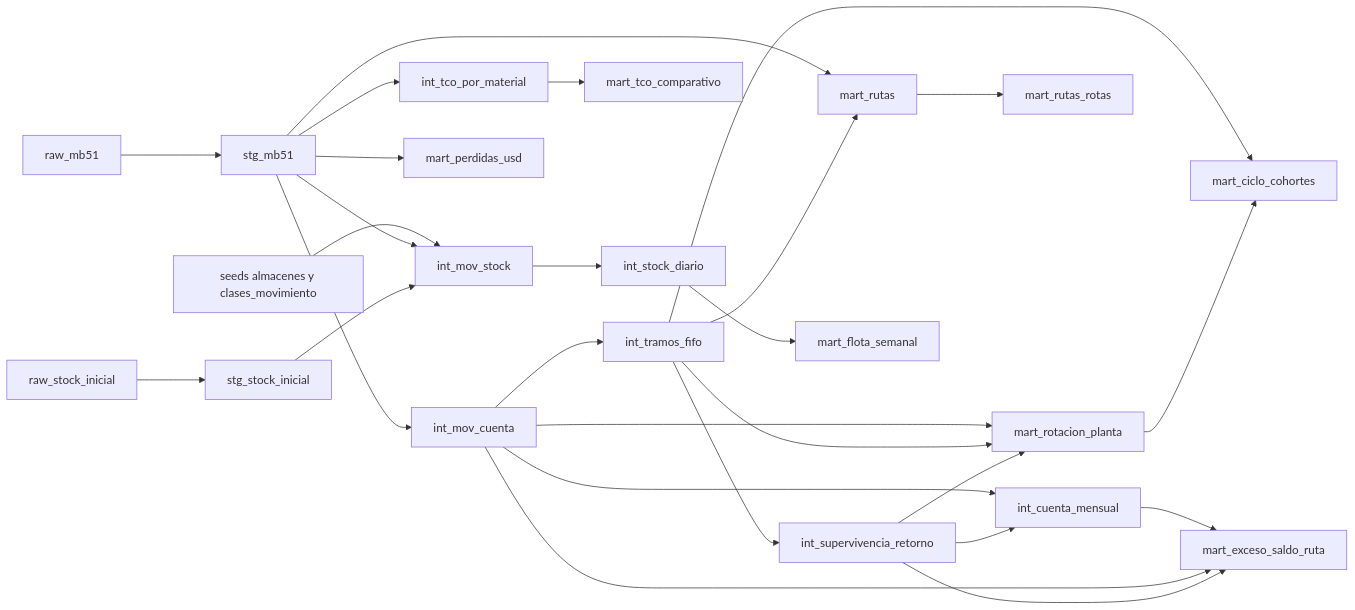
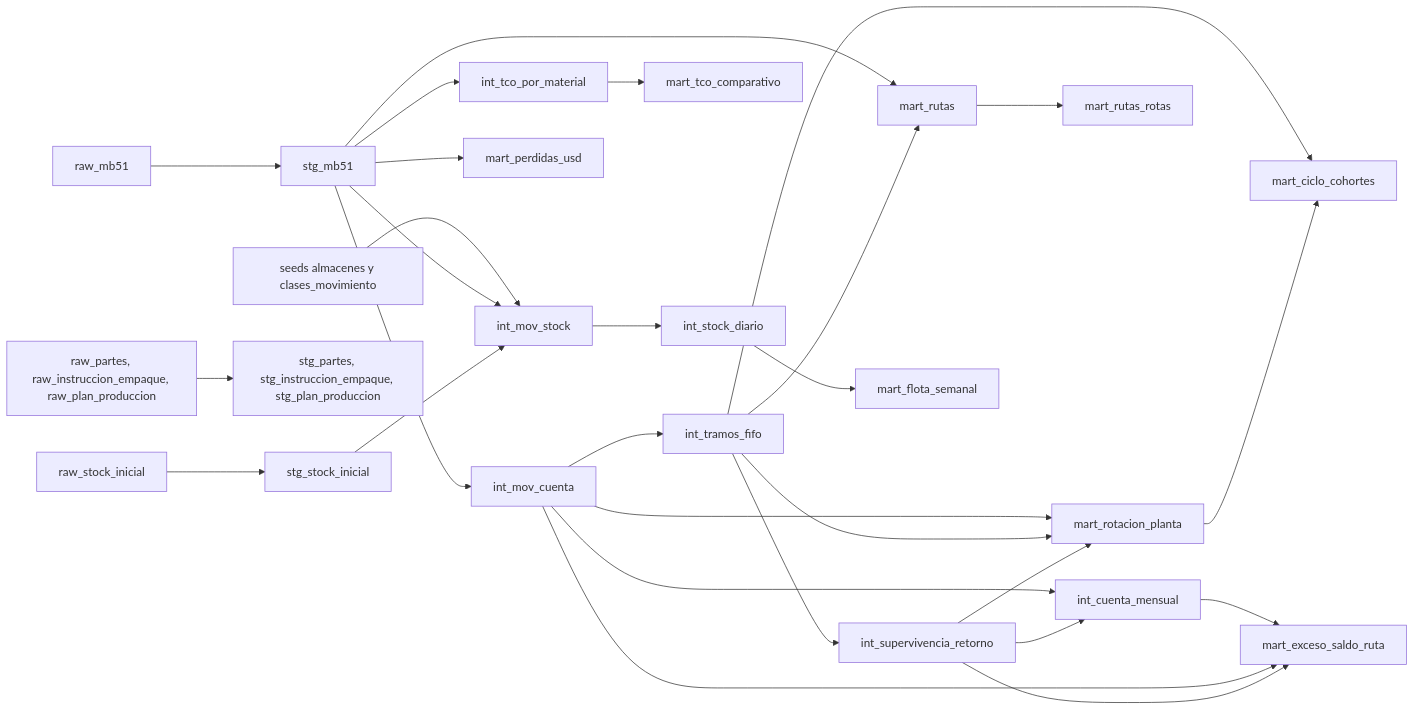
The second of 3 diagrams in README.md (juancarlospradologistica-hub/returnable-packaging-intelligence), drawn with Mermaid before and after one commit. The commit also changed other lines of this file, not shown here.

Commit message:
README con el plan de producción y el estado de Fase 3b

````diff
--- a/README.md
+++ b/README.md
@@ -44,29 +44,30 @@
 ```mermaid
 flowchart LR
     raw[raw_mb51] --> stg[stg_mb51]
     rawsi[raw_stock_inicial] --> stgsi[stg_stock_inicial]
+    rawplan[raw_partes, raw_instruccion_empaque, raw_plan_produccion] --> stgplan[stg_partes, stg_instruccion_empaque, stg_plan_produccion]
     stg --> mov[int_mov_cuenta]
     stg --> tcoi[int_tco_por_material]
     stg --> perd[mart_perdidas_usd]
     stg --> mrutas[mart_rutas]
     mov --> fifo[int_tramos_fifo]
     fifo --> sup[int_supervivencia_retorno]
     mov --> cuenta[int_cuenta_mensual]
     sup --> cuenta
     fifo --> mrutas
     mrutas --> rutas[mart_rutas_rotas]
     mov --> rot[mart_rotacion_planta]
     fifo --> rot
     sup --> rot
     fifo --> ciclo[mart_ciclo_cohortes]
     rot --> ciclo
     cuenta --> exceso[mart_exceso_saldo_ruta]
     mov --> exceso
     sup --> exceso
     tcoi --> tco[mart_tco_comparativo]
     seeds[seeds almacenes y clases_movimiento] --> movs[int_mov_stock]
     stg --> movs
     stgsi --> movs
     movs --> diario[int_stock_diario]
     diario --> flota[mart_flota_semanal]
 ```
````
